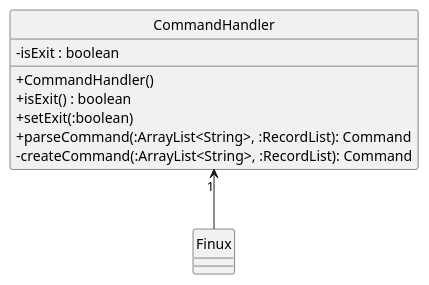
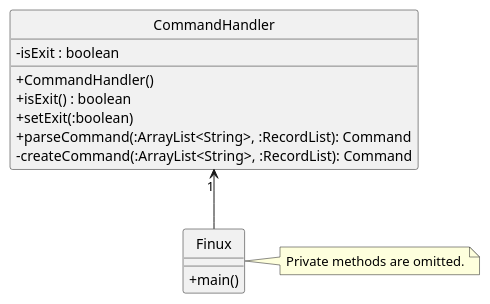
One commit to nus-cs2113-AY2021S2/tp changed the diagram in docs/diagrams/CommandHandlerClassDiagram.puml. Above: the diagram before and after it, drawn with PlantUML. The commit also changed 3 other files, not shown here.

Commit message:
Update minor details of diagrams

```diff
--- a/docs/diagrams/CommandHandlerClassDiagram.puml
+++ b/docs/diagrams/CommandHandlerClassDiagram.puml
@@ -1,20 +1,22 @@
 @startuml
 skinparam classAttributeIconSize 0
 hide circle
+
+note "Private methods are omitted." as N1
 
 class CommandHandler {
     -isExit : boolean
     +CommandHandler()
     +isExit() : boolean
     +setExit(:boolean)
     +parseCommand(:ArrayList<String>, :RecordList): Command
     -createCommand(:ArrayList<String>, :RecordList): Command
 }
 
 class Finux {
-
+    +main()
 }
 
 CommandHandler"1" <-- Finux
-
+Finux -right> N1
 @enduml
```
